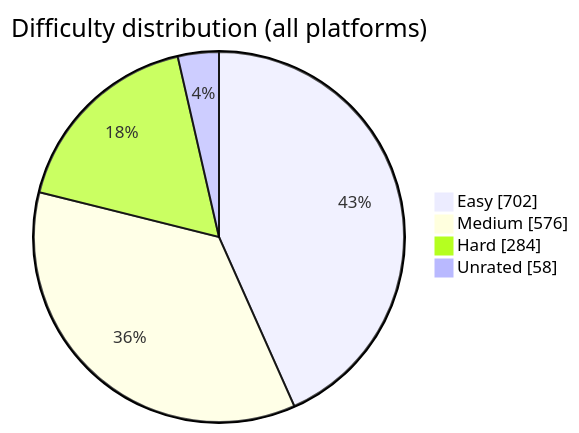
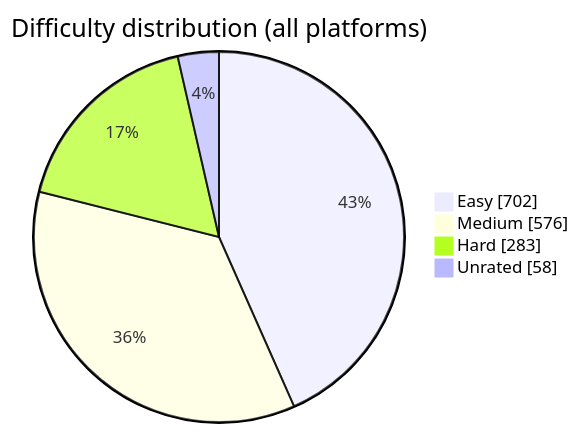
One commit to BuildbyArindam/Daily-Coding-Log changed the diagram in README.md. Above: the diagram before and after it, drawn with Mermaid. The commit also changed other lines of this file, not shown here.

````diff
--- a/README.md
+++ b/README.md
@@ -93,7 +93,7 @@
 ```mermaid
 pie showData title Difficulty distribution (all platforms)
     "Easy" : 702
     "Medium" : 576
-    "Hard" : 284
+    "Hard" : 283
     "Unrated" : 58
 ```
````
